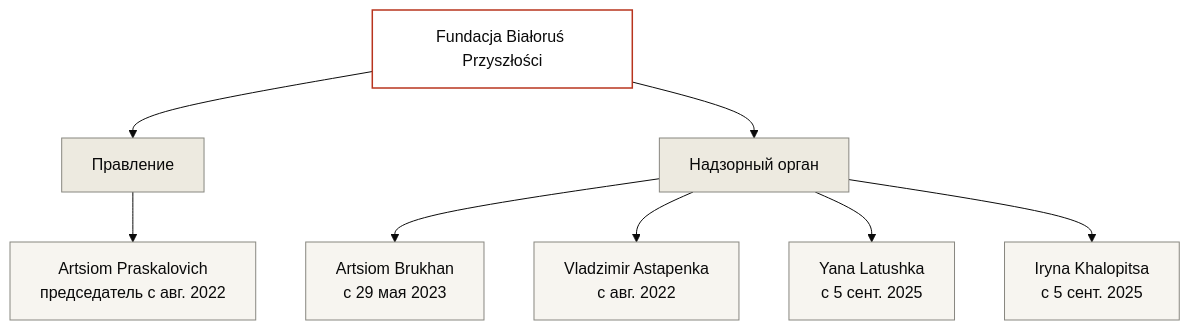
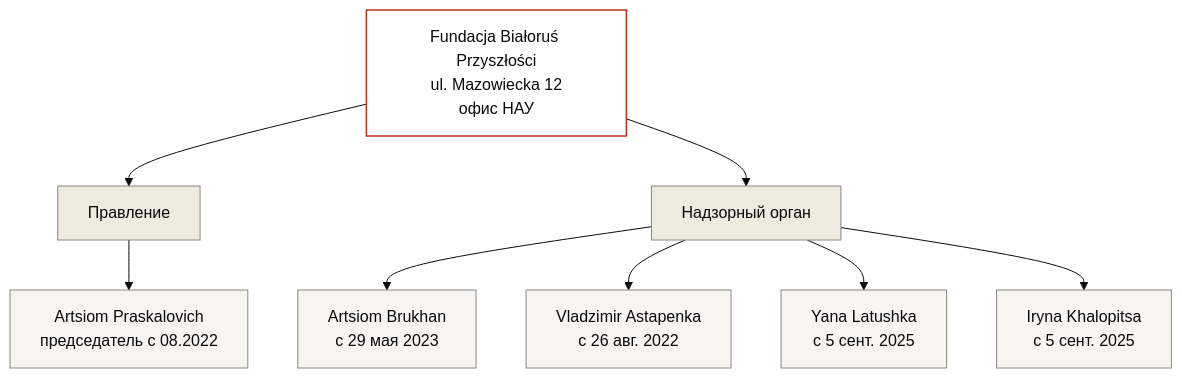
Before and after one commit to belarustransparency/belarus-transparency: the diagram in docs/organizations/bialorus-przyszlosci.md, drawn with Mermaid (base theme). The commit also changed other lines of this file and 9 other files, not shown here.

````diff
--- a/docs/organizations/bialorus-przyszlosci.md
+++ b/docs/organizations/bialorus-przyszlosci.md
@@ -133,27 +142,27 @@
 ```mermaid
 graph TD
-    ORG["Fundacja Białoruś Przyszłości"]
+    ORG["Fundacja Białoruś Przyszłości<br/>ul. Mazowiecka 12<br/>офис НАУ"]
     MGMT["Правление"]
     OVS["Надзорный орган"]
-    PRES["Artsiom Praskalovich<br/>председатель с авг. 2022"]
+    PRES["Artsiom Praskalovich<br/>председатель с 08.2022"]
     OV1["Artsiom Brukhan<br/>с 29 мая 2023"]
-    OV2["Vladzimir Astapenka<br/>с авг. 2022"]
+    OV2["Vladzimir Astapenka<br/>с 26 авг. 2022"]
     OV3["Yana Latushka<br/>с 5 сент. 2025"]
     OV4["Iryna Khalopitsa<br/>с 5 сент. 2025"]
 
     ORG --> MGMT
     ORG --> OVS
     MGMT --> PRES
     OVS --> OV1
     OVS --> OV2
     OVS --> OV3
     OVS --> OV4
 
     classDef org fill:#FFFFFF,stroke:#B8341E,stroke-width:1.5px,color:#0A0A0A;
     classDef unit fill:#EDEAE0,stroke:#888780,stroke-width:1px,color:#0A0A0A;
     classDef person fill:#F7F5F0,stroke:#888780,stroke-width:1px,color:#0A0A0A;
 
     class ORG org;
     class MGMT,OVS unit;
     class PRES,OV1,OV2,OV3,OV4 person;
 ```
````
